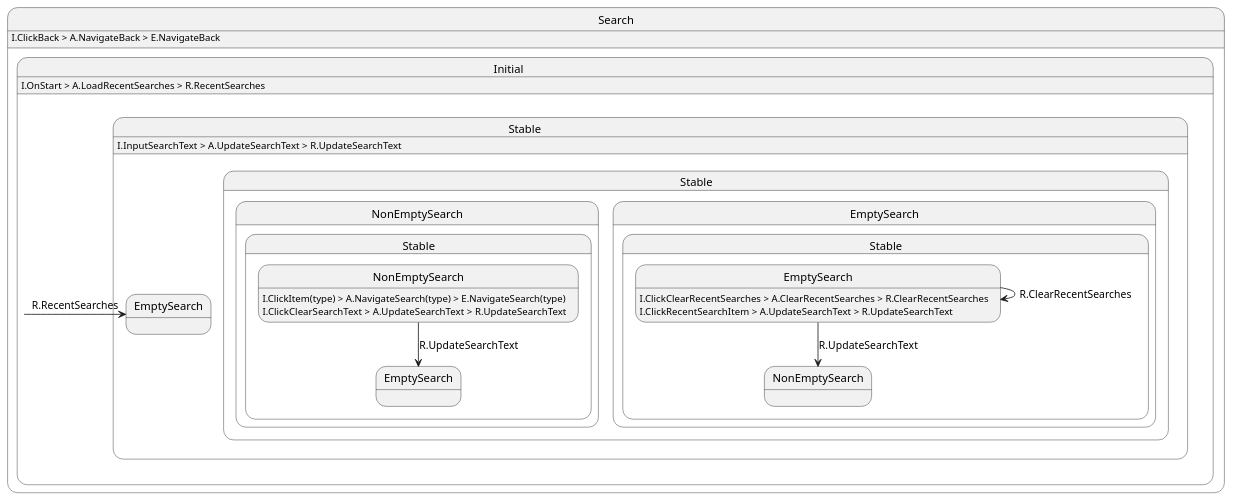
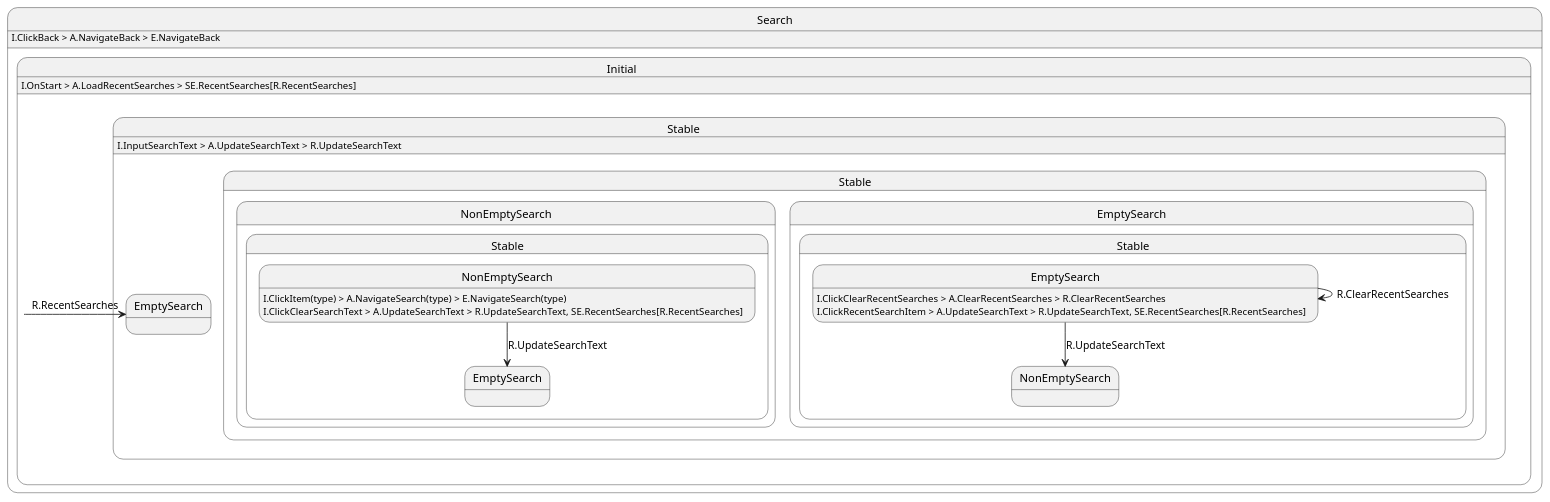
Before and after one commit to wasabi-muffin/github-sample-project: the diagram in presentation/src/main/kotlin/jp/co/yumemi/android/code_check/presentation/feature/search/top/SearchTop.pu, drawn with PlantUML.

Commit message:
add: update search top statemachine uml

```diff
--- a/presentation/src/main/kotlin/jp/co/yumemi/android/code_check/presentation/feature/search/top/SearchTop.pu
+++ b/presentation/src/main/kotlin/jp/co/yumemi/android/code_check/presentation/feature/search/top/SearchTop.pu
@@ -1,30 +1,30 @@
 @startuml Search
 state Search {
     Search : I.ClickBack > A.NavigateBack > E.NavigateBack
 
     state Initial {
-        Initial : I.OnStart > A.LoadRecentSearches > R.RecentSearches
-        
+        Initial : I.OnStart > A.LoadRecentSearches > SE.RecentSearches[R.RecentSearches]
+
         Initial -right-> Stable.EmptySearch : R.RecentSearches
     }
 
     state Stable {
         Stable : I.InputSearchText > A.UpdateSearchText > R.UpdateSearchText
 
         state Stable.EmptySearch {
             Stable.EmptySearch : I.ClickClearRecentSearches > A.ClearRecentSearches > R.ClearRecentSearches
-            Stable.EmptySearch : I.ClickRecentSearchItem > A.UpdateSearchText > R.UpdateSearchText
+            Stable.EmptySearch : I.ClickRecentSearchItem > A.UpdateSearchText > R.UpdateSearchText, SE.RecentSearches[R.RecentSearches]
 
             Stable.EmptySearch --> Stable.NonEmptySearch : R.UpdateSearchText
             Stable.EmptySearch --> Stable.EmptySearch : R.ClearRecentSearches
         }
 
         state Stable.NonEmptySearch {
             Stable.NonEmptySearch : I.ClickItem(type) > A.NavigateSearch(type) > E.NavigateSearch(type)
-            Stable.NonEmptySearch : I.ClickClearSearchText > A.UpdateSearchText > R.UpdateSearchText
+            Stable.NonEmptySearch : I.ClickClearSearchText > A.UpdateSearchText > R.UpdateSearchText, SE.RecentSearches[R.RecentSearches]
 
             Stable.NonEmptySearch --> Stable.EmptySearch : R.UpdateSearchText
         }
     }
 }
 @enduml
```
